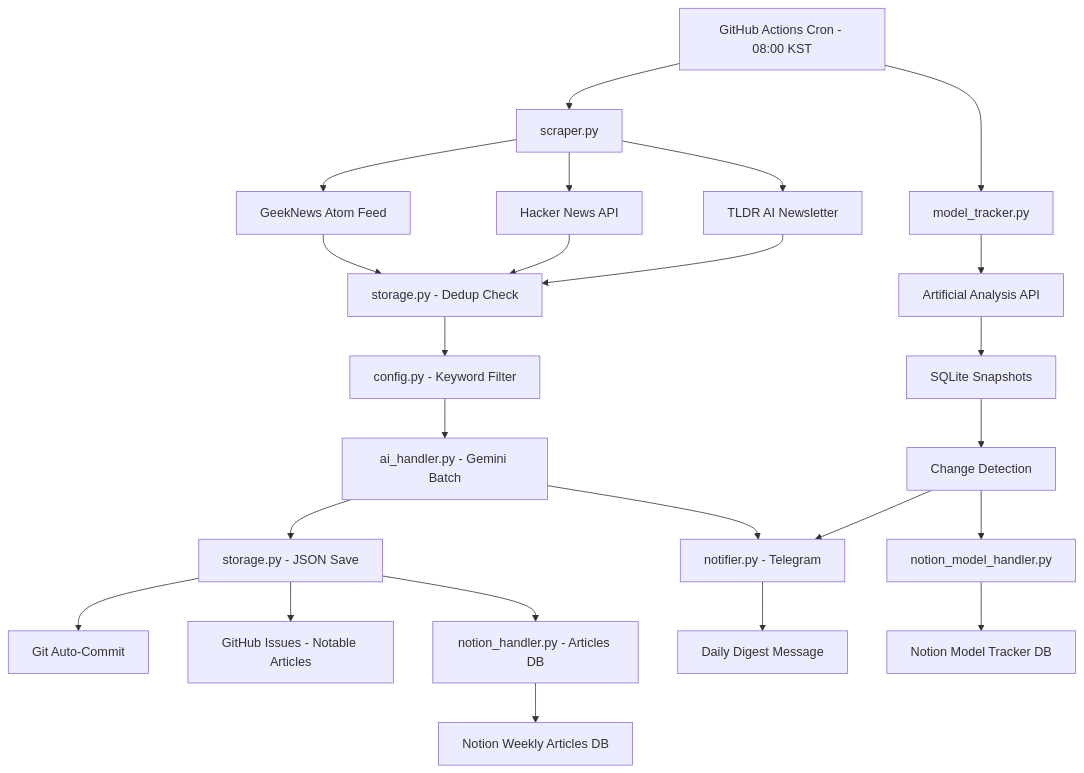
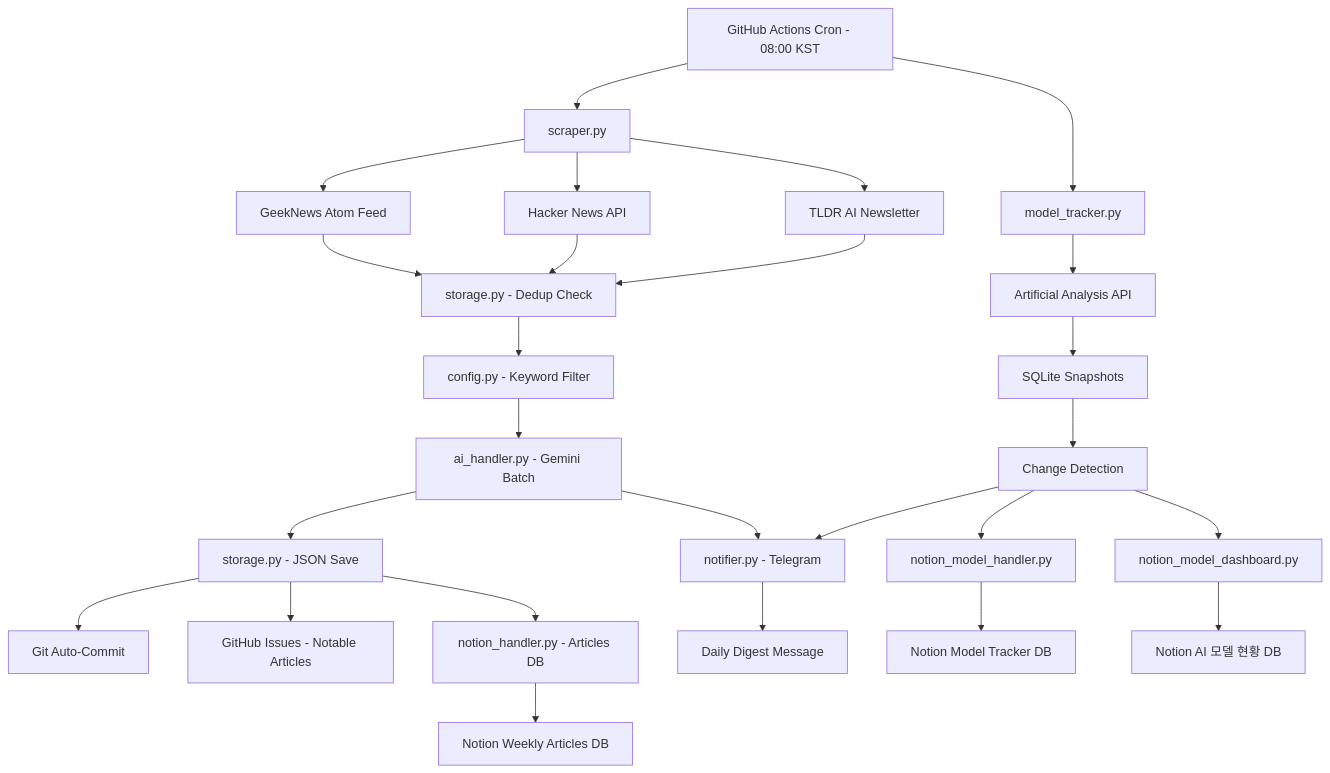
The diagram in README.md (blackas/InsightFlow), drawn with Mermaid before and after one commit. The commit also changed other lines of this file and 3 other files, not shown here.

Commit message:
docs: add living dashboard setup guide, new env vars, and updated data flow

````diff
--- a/README.md
+++ b/README.md
@@ -11,26 +11,28 @@
 ```mermaid
 graph TD
     A[GitHub Actions Cron - 08:00 KST] --> B[scraper.py]
     B --> B1[GeekNews Atom Feed]
     B --> B2[Hacker News API]
     B --> B3[TLDR AI Newsletter]
     B1 --> C[storage.py - Dedup Check]
     B2 --> C
     B3 --> C
     C --> D[config.py - Keyword Filter]
     D --> E[ai_handler.py - Gemini Batch]
     E --> F[notifier.py - Telegram]
     E --> G[storage.py - JSON Save]
     G --> H[Git Auto-Commit]
     G --> I[GitHub Issues - Notable Articles]
     G --> K[notion_handler.py - Articles DB]
     F --> J[Daily Digest Message]
     K --> L[Notion Weekly Articles DB]
     A --> M[model_tracker.py]
     M --> N[Artificial Analysis API]
     N --> O[SQLite Snapshots]
     O --> P[Change Detection]
     P --> F
     P --> Q[notion_model_handler.py]
     Q --> R[Notion Model Tracker DB]
+    P --> S[notion_model_dashboard.py]
+    S --> T[Notion AI 모델 현황 DB]
 ```
````
